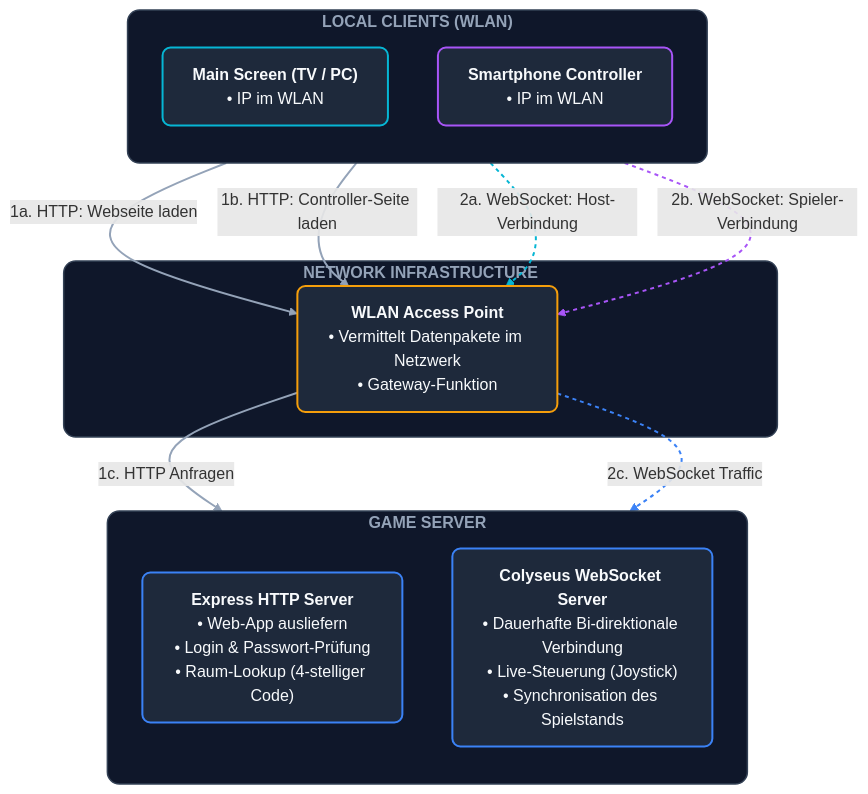
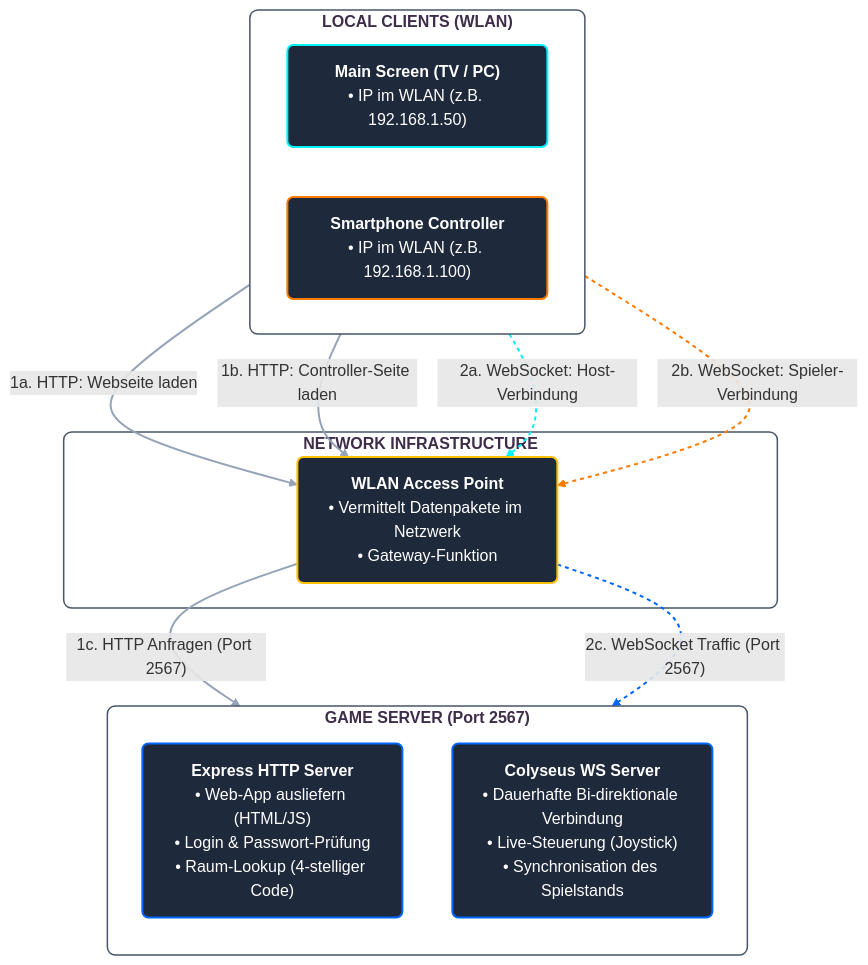
Before and after one commit to chrisWolter/showtime-website: the second of 3 diagrams in content/ss26/master/m5-jugendfeuerwehr/framework.md, drawn with Mermaid. The commit also changed other lines of this file and 1 other file, not shown here.

````diff
--- a/content/ss26/master/m5-jugendfeuerwehr/framework.md
+++ b/content/ss26/master/m5-jugendfeuerwehr/framework.md
@@ -88,54 +88,54 @@
 ```mermaid
 flowchart TB
     %% Visuelle Themes & Styles
-    classDef tvScreen fill:#1e293b,stroke:#06b6d4,stroke-width:2px,color:#f8fafc,rx:8px,ry:8px;
-    classDef mobileController fill:#1e293b,stroke:#a855f7,stroke-width:2px,color:#f8fafc,rx:8px,ry:8px;
-    classDef networkNode fill:#1e293b,stroke:#f59e0b,stroke-width:2px,color:#f8fafc,rx:8px,ry:8px;
-    classDef serverProcess fill:#1e293b,stroke:#3b82f6,stroke-width:2px,color:#f8fafc,rx:8px,ry:8px;
+    classDef tvScreen fill:#1e293b,stroke:#00f2fe,stroke-width:2px,color:#ffffff,rx:6px,ry:6px;
+    classDef mobileController fill:#1e293b,stroke:#ff7a00,stroke-width:2px,color:#ffffff,rx:6px,ry:6px;
+    classDef networkNode fill:#1e293b,stroke:#ffc107,stroke-width:2px,color:#ffffff,rx:6px,ry:6px;
+    classDef serverProcess fill:#1e293b,stroke:#0066ff,stroke-width:2px,color:#ffffff,rx:6px,ry:6px;
 
-    %% Subgraph Styling
-    style CLIENTS fill:#0f172a,stroke:#334155,stroke-width:1.5px,color:#94a3b8,rx:12px;
-    style ROUTER fill:#0f172a,stroke:#334155,stroke-width:1.5px,color:#94a3b8,rx:12px;
-    style SERVER fill:#0f172a,stroke:#334155,stroke-width:1.5px,color:#94a3b8,rx:12px;
+    %% Subgraph Styling (Transparent)
+    style CLIENTS fill:none,stroke:#475569,stroke-width:1.5px,color:#3e2d4a,rx:8px;
+    style ROUTER fill:none,stroke:#475569,stroke-width:1.5px,color:#3e2d4a,rx:8px;
+    style SERVER fill:none,stroke:#475569,stroke-width:1.5px,color:#3e2d4a,rx:8px;
 
     %% Nodes & Subgraphs
     subgraph CLIENTS ["<b>LOCAL CLIENTS (WLAN)</b>"]
-        direction TB
-        TV["<b>Main Screen (TV / PC)</b><br/>• IP im WLAN"]
-        Phone["<b>Smartphone Controller</b><br/>• IP im WLAN"]
+        direction LR
+        TV["<b>Main Screen (TV / PC)</b><br/>• IP im WLAN (z.B. 192.168.1.50)"]
+        Phone["<b>Smartphone Controller</b><br/>• IP im WLAN (z.B. 192.168.1.100)"]
     end
 
     subgraph ROUTER ["<b>NETWORK INFRASTRUCTURE</b>"]
         WLAN["<b>WLAN Access Point</b><br/>• Vermittelt Datenpakete im Netzwerk<br/>• Gateway-Funktion"]
     end
 
-    subgraph SERVER ["<b>GAME SERVER</b>"]
+    subgraph SERVER ["<b>GAME SERVER (Port 2567)</b>"]
         direction TB
-        HTTP["<b>Express HTTP Server</b><br/>• Web-App ausliefern<br/>• Login & Passwort-Prüfung<br/>• Raum-Lookup (4-stelliger Code)"]
-        WS["<b>Colyseus WebSocket Server</b><br/>• Dauerhafte Bi-direktionale Verbindung<br/>• Live-Steuerung (Joystick)<br/>• Synchronisation des Spielstands"]
+        HTTP["<b>Express HTTP Server</b><br/>• Web-App ausliefern (HTML/JS)<br/>• Login & Passwort-Prüfung<br/>• Raum-Lookup (4-stelliger Code)"]
+        WS["<b>Colyseus WS Server</b><br/>• Dauerhafte Bi-direktionale Verbindung<br/>• Live-Steuerung (Joystick)<br/>• Synchronisation des Spielstands"]
     end
 
     %% Netzwerk-Verbindungen (HTTP Phase)
     TV ==>|1a. HTTP: Webseite laden| WLAN
     Phone ==>|1b. HTTP: Controller-Seite laden| WLAN
-    WLAN ==>|"1c. HTTP Anfragen"| HTTP
+    WLAN ==>|"1c. HTTP Anfragen (Port 2567)"| HTTP
 
     %% Netzwerk-Verbindungen (WebSocket Phase)
     TV -. "2a. WebSocket: Host-Verbindung" .-> WLAN
     Phone -. "2b. WebSocket: Spieler-Verbindung" .-> WLAN
-    WLAN -. "2c. WebSocket Traffic" .-> WS
+    WLAN -. "2c. WebSocket Traffic (Port 2567)" .-> WS
 
     %% Class Assignments
     class TV tvScreen;
     class Phone mobileController;
     class WLAN networkNode;
     class HTTP,WS serverProcess;
 
     %% Link Styling
     linkStyle 0 stroke:#94a3b8,stroke-width:2px;
     linkStyle 1 stroke:#94a3b8,stroke-width:2px;
     linkStyle 2 stroke:#94a3b8,stroke-width:2px;
-    linkStyle 3 stroke:#06b6d4,stroke-width:2px,stroke-dasharray: 4 4;
-    linkStyle 4 stroke:#a855f7,stroke-width:2px,stroke-dasharray: 4 4;
-    linkStyle 5 stroke:#3b82f6,stroke-width:2px,stroke-dasharray: 4 4;
+    linkStyle 3 stroke:#00f2fe,stroke-width:2px,stroke-dasharray: 4 4;
+    linkStyle 4 stroke:#ff7a00,stroke-width:2px,stroke-dasharray: 4 4;
+    linkStyle 5 stroke:#0066ff,stroke-width:2px,stroke-dasharray: 4 4;
 ```
````
